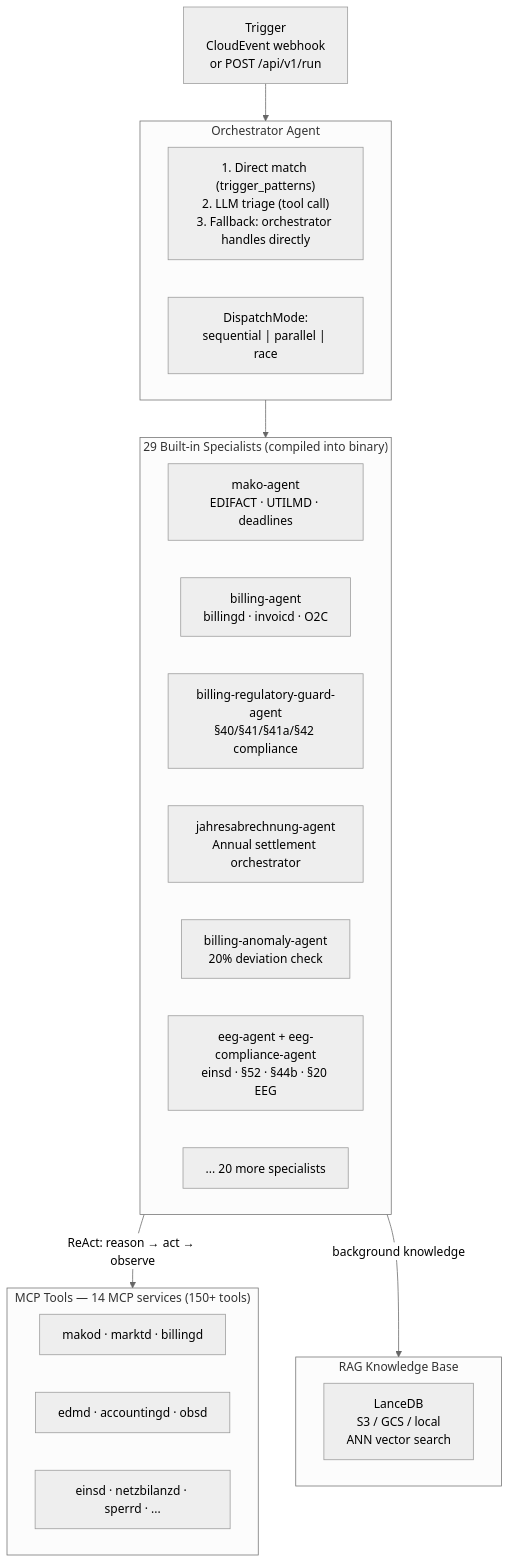
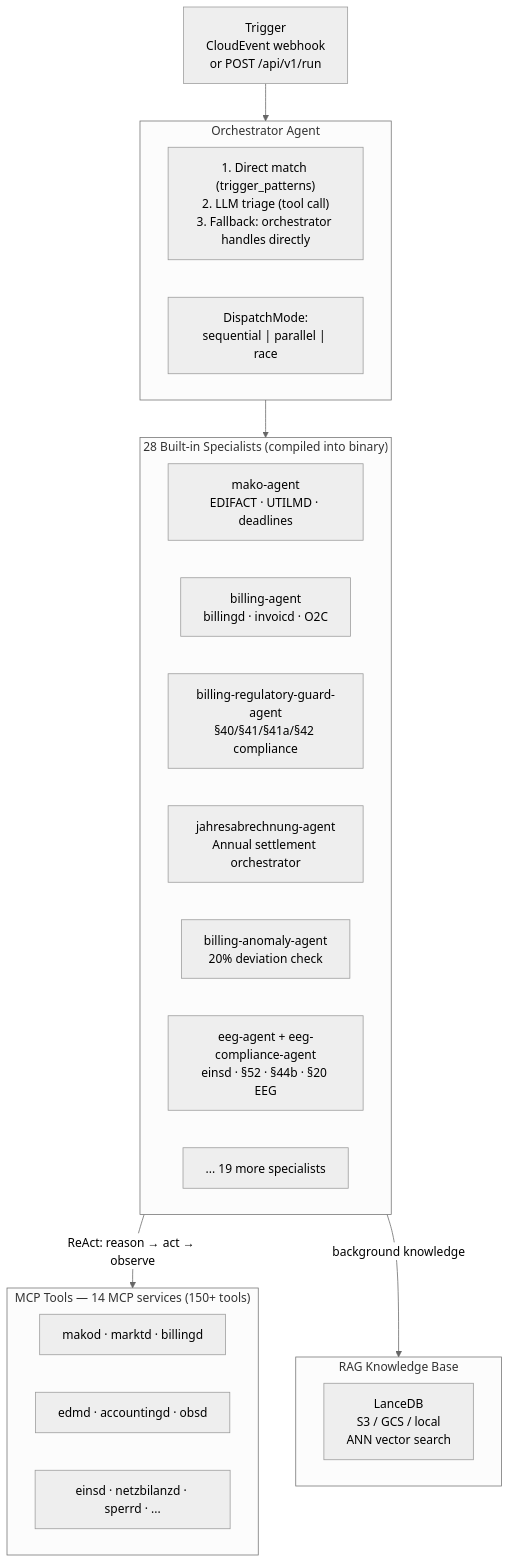
Before and after one commit to hupe1980/mako: the first of 4 diagrams in docs/agentd.md, drawn with Mermaid (neutral theme). The commit also changed other lines of this file and 50 other files, not shown here.

````diff
--- a/docs/agentd.md
+++ b/docs/agentd.md
@@ -68,35 +68,35 @@
 ```mermaid
 graph TB
     TRIGGER["Trigger\nCloudEvent webhook\nor POST /api/v1/run"]
 
     subgraph orchestrator ["Orchestrator Agent"]
         ORCH["1. Direct match (trigger_patterns)\n2. LLM triage (tool call)\n3. Fallback: orchestrator handles directly"]
         MODE["DispatchMode:\nsequential | parallel | race"]
     end
 
-    subgraph builtin ["29 Built-in Specialists (compiled into binary)"]
+    subgraph builtin ["28 Built-in Specialists (compiled into binary)"]
         direction LR
         MAKO["mako-agent\nEDIFACT · UTILMD · deadlines"]
         BILLING["billing-agent\nbillingd · invoicd · O2C"]
         BILREG["billing-regulatory-guard-agent\n§40/§41/§41a/§42 compliance"]
         JAHRB["jahresabrechnung-agent\nAnnual settlement orchestrator"]
         ANOMALY["billing-anomaly-agent\n20% deviation check"]
         EEG["eeg-agent + eeg-compliance-agent\neinsd · §52 · §44b · §20 EEG"]
-        MORE["... 20 more specialists"]
+        MORE["... 19 more specialists"]
     end
 
     subgraph rag ["RAG Knowledge Base"]
         LANCE["LanceDB\nS3 / GCS / local\nANN vector search"]
     end
 
     subgraph tools ["MCP Tools — 14 MCP services (150+ tools)"]
         T1["makod · marktd · billingd"]
         T2["edmd · accountingd · obsd"]
         T3["einsd · netzbilanzd · sperrd · ..."]
     end
 
     TRIGGER --> orchestrator
     orchestrator --> builtin
     builtin -->|"ReAct: reason → act → observe"| tools
     builtin -->|"background knowledge"| rag
 ```
````
